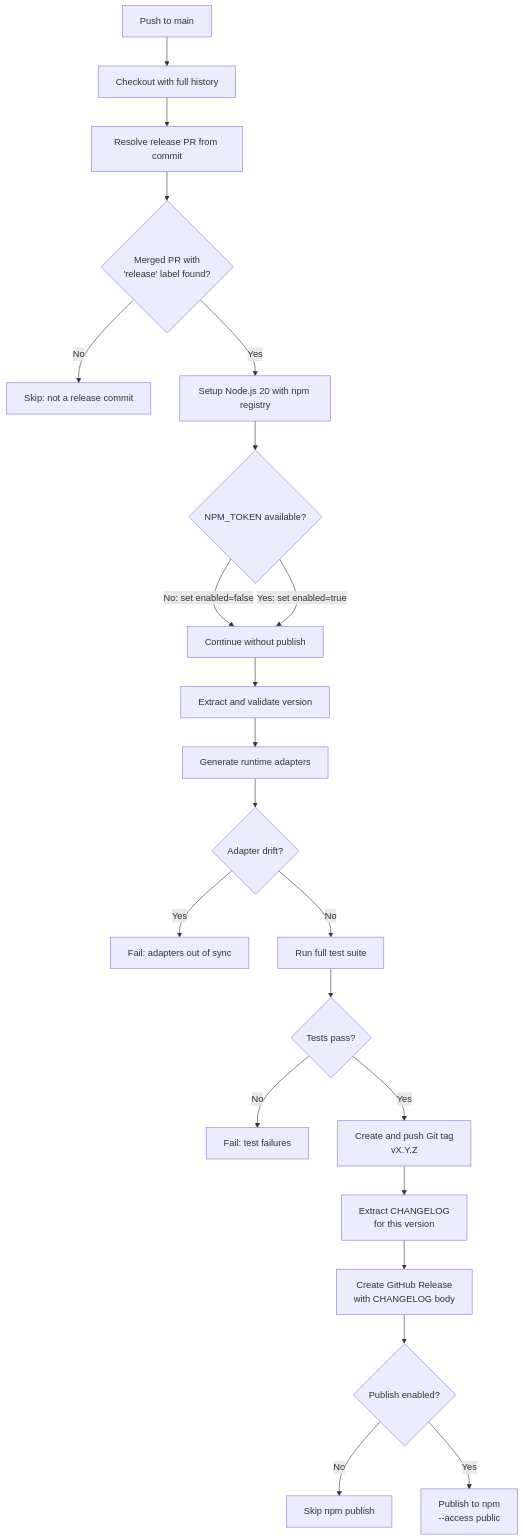
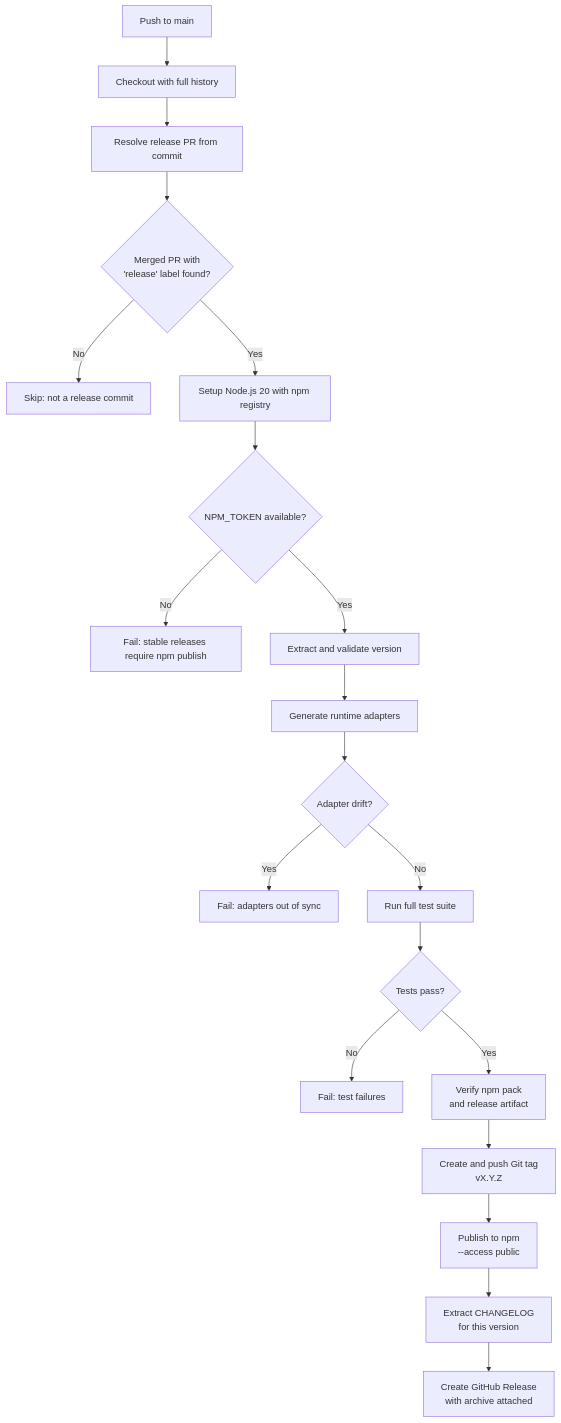
Before and after one commit to josstei/maestro-orchestrate: the eighth of 10 diagrams in docs/cicd.md, drawn with Mermaid. The commit also changed other lines of this file and 18 other files, not shown here.

Commit message:
feat: add release artifact packaging

````diff
--- a/docs/cicd.md
+++ b/docs/cicd.md
@@ -460,24 +463,22 @@
 ```mermaid
 graph TD
     A["Push to main"] --> B["Checkout with full history"]
     B --> C["Resolve release PR from commit"]
     C --> D{"Merged PR with<br/>'release' label found?"}
     D --> |"No"| E["Skip: not a release commit"]
     D --> |"Yes"| F["Setup Node.js 20 with npm registry"]
     F --> G{"NPM_TOKEN available?"}
-    G --> |"No: set enabled=false"| H["Continue without publish"]
-    G --> |"Yes: set enabled=true"| H
-    H --> I["Extract and validate version"]
+    G --> |"No"| X["Fail: stable releases require npm publish"]
+    G --> |"Yes"| I["Extract and validate version"]
     I --> J["Generate runtime adapters"]
     J --> K{"Adapter drift?"}
     K --> |"Yes"| L["Fail: adapters out of sync"]
     K --> |"No"| M["Run full test suite"]
     M --> N{"Tests pass?"}
     N --> |"No"| O["Fail: test failures"]
-    N --> |"Yes"| P["Create and push Git tag<br/>vX.Y.Z"]
-    P --> Q["Extract CHANGELOG<br/>for this version"]
-    Q --> R["Create GitHub Release<br/>with CHANGELOG body"]
-    R --> S{"Publish enabled?"}
-    S --> |"No"| T["Skip npm publish"]
-    S --> |"Yes"| U["Publish to npm<br/>--access public"]
+    N --> |"Yes"| P["Verify npm pack<br/>and release artifact"]
+    P --> Q["Create and push Git tag<br/>vX.Y.Z"]
+    Q --> R["Publish to npm<br/>--access public"]
+    R --> S["Extract CHANGELOG<br/>for this version"]
+    S --> T["Create GitHub Release<br/>with archive attached"]
 ```
````
